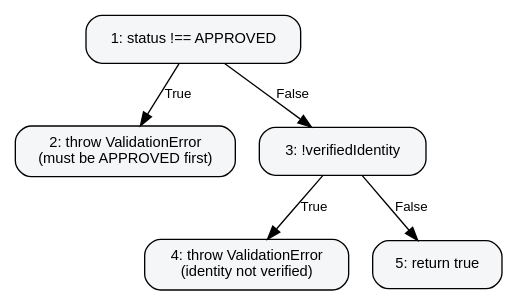
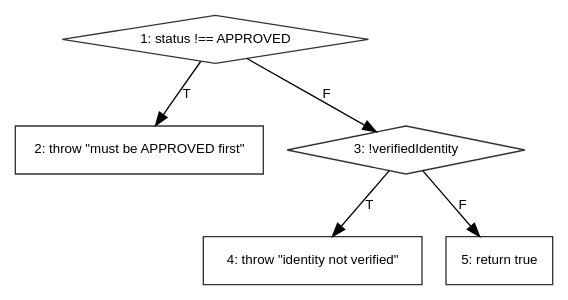
One commit to Meili1407/Software-Testing-LostFound changed the diagram in report-assets/cfg/canConfirmHandover.dot. Above: the diagram before and after it, drawn with Graphviz. The commit also changed 28 other files, not shown here.

```diff
--- a/report-assets/cfg/canConfirmHandover.dot
+++ b/report-assets/cfg/canConfirmHandover.dot
@@ -1,16 +1,16 @@
 digraph canConfirmHandover {
   rankdir=TB;
-  node [shape=box, style="rounded,filled", fillcolor="#f5f6f8", fontname="Helvetica", fontsize=11, margin="0.15,0.1"];
+  node [shape=box, fontname="Helvetica", fontsize=10, color="#333333"];
   edge [fontname="Helvetica", fontsize=10];
 
-  N1 [label="1: status !== APPROVED"];
-  N2 [label="2: throw ValidationError\n(must be APPROVED first)"];
-  N3 [label="3: !verifiedIdentity"];
-  N4 [label="4: throw ValidationError\n(identity not verified)"];
+  N1 [shape=diamond, label="1: status !== APPROVED"];
+  N2 [label="2: throw \"must be APPROVED first\""];
+  N3 [shape=diamond, label="3: !verifiedIdentity"];
+  N4 [label="4: throw \"identity not verified\""];
   N5 [label="5: return true"];
 
-  N1 -> N2 [label="True"];
-  N1 -> N3 [label="False"];
-  N3 -> N4 [label="True"];
-  N3 -> N5 [label="False"];
+  N1 -> N2 [label="T"];
+  N1 -> N3 [label="F"];
+  N3 -> N4 [label="T"];
+  N3 -> N5 [label="F"];
 }
```
